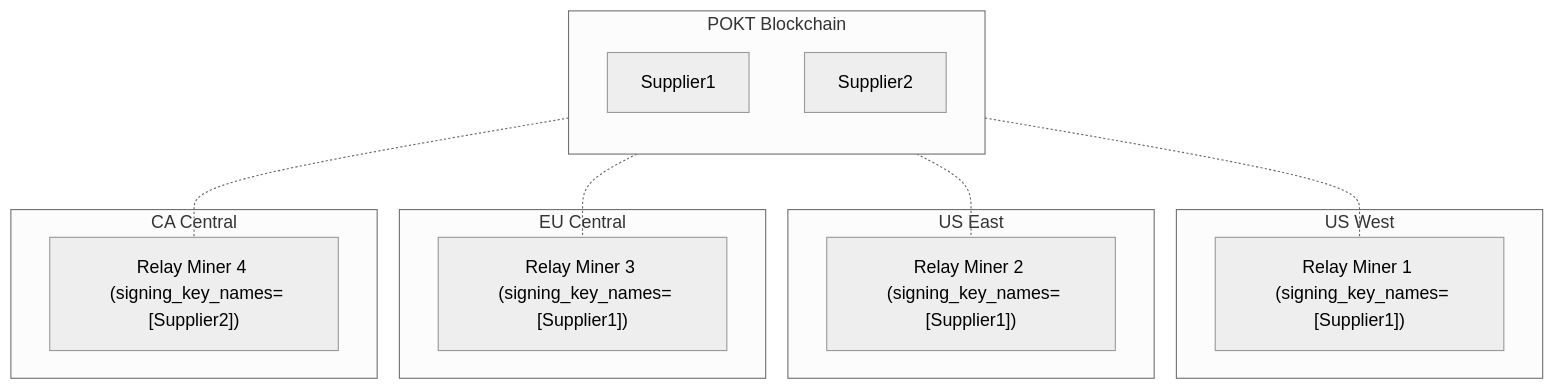
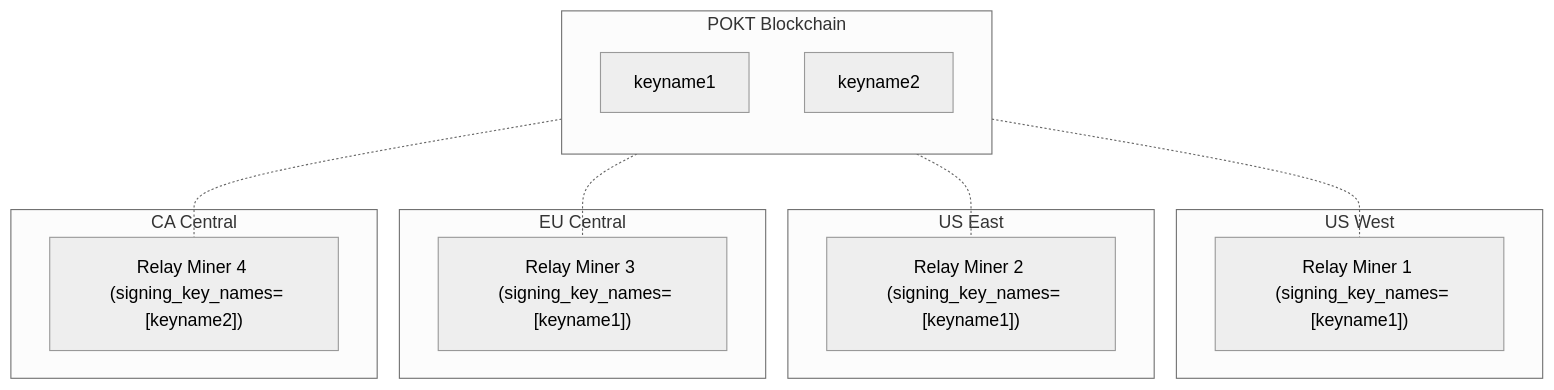
The third of 3 diagrams in docusaurus/docs/operate/configs/relayminer_config.md (pokt-network/poktroll), drawn with Mermaid (neutral theme) before and after one commit. The commit also changed other lines of this file and 6 other files, not shown here.

````diff
--- a/docusaurus/docs/operate/configs/relayminer_config.md
+++ b/docusaurus/docs/operate/configs/relayminer_config.md
@@ -150,30 +417,30 @@
 ```mermaid
 flowchart
 
     subgraph USW[US West]
-        RM1["Relay Miner 1 <br> (signing_key_names=[Supplier1])"]
+        RM1["Relay Miner 1 <br> (signing_key_names=[keyname1])"]
     end
 
     subgraph USE[US East]
-        RM2["Relay Miner 2 <br> (signing_key_names=[Supplier1])"]
+        RM2["Relay Miner 2 <br> (signing_key_names=[keyname1])"]
     end
 
     subgraph EUC[EU Central]
-        RM3["Relay Miner 3 <br> (signing_key_names=[Supplier1])"]
+        RM3["Relay Miner 3 <br> (signing_key_names=[keyname1])"]
     end
 
     subgraph CAC[CA Central]
-        RM4["Relay Miner 4 <br> (signing_key_names=[Supplier2])"]
+        RM4["Relay Miner 4 <br> (signing_key_names=[keyname2])"]
     end
 
     subgraph PB[POKT Blockchain]
         direction TB
-        S1[Supplier1]
-        S2[Supplier2]
+        S1[keyname1]
+        S2[keyname2]
     end
 
     S1 -.- RM1
     S1 -.- RM2
     S1 -.- RM3
     S2 -.- RM4
 ```
````
